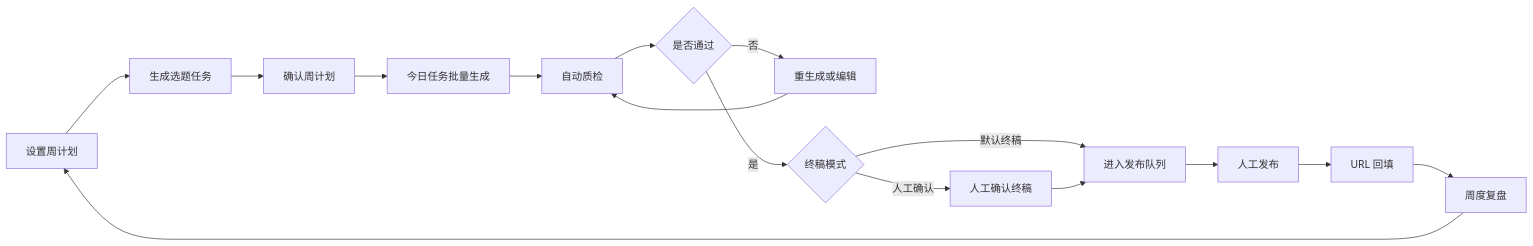
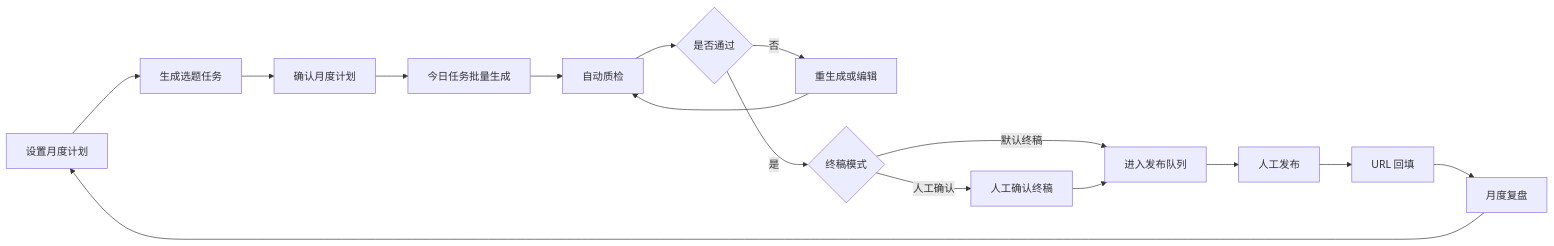
Before and after one commit to 1736280642-Star/gtm-content-growth-workbench: the second of 3 diagrams in design/low-fi-prototype.md, drawn with Mermaid. The commit also changed other lines of this file and 63 other files, not shown here.

````diff
--- a/design/low-fi-prototype.md
+++ b/design/low-fi-prototype.md
@@ -541,18 +522,18 @@
 ```mermaid
 flowchart LR
-    A["设置周计划"] --> B["生成选题任务"]
-    B --> C["确认周计划"]
+    A["设置月度计划"] --> B["生成选题任务"]
+    B --> C["确认月度计划"]
     C --> D["今日任务批量生成"]
     D --> E["自动质检"]
     E --> F{"是否通过"}
     F -->|否| G["重生成或编辑"]
     G --> E
     F -->|是| H{"终稿模式"}
     H -->|默认终稿| I["进入发布队列"]
     H -->|人工确认| J["人工确认终稿"]
     J --> I
     I --> K["人工发布"]
     K --> L["URL 回填"]
-    L --> M["周度复盘"]
+    L --> M["月度复盘"]
     M --> A
 ```
````
